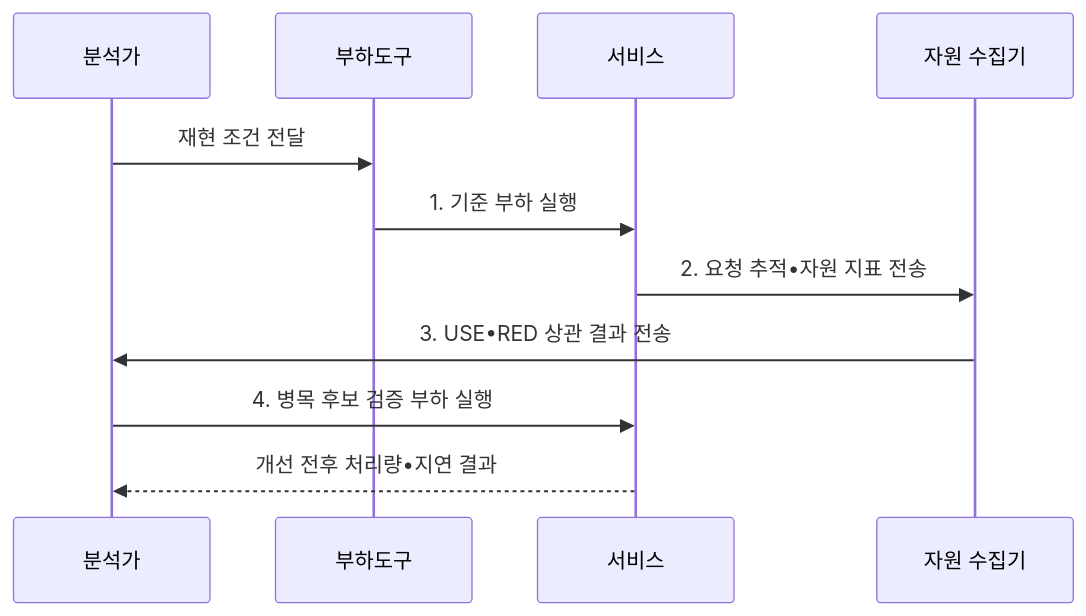
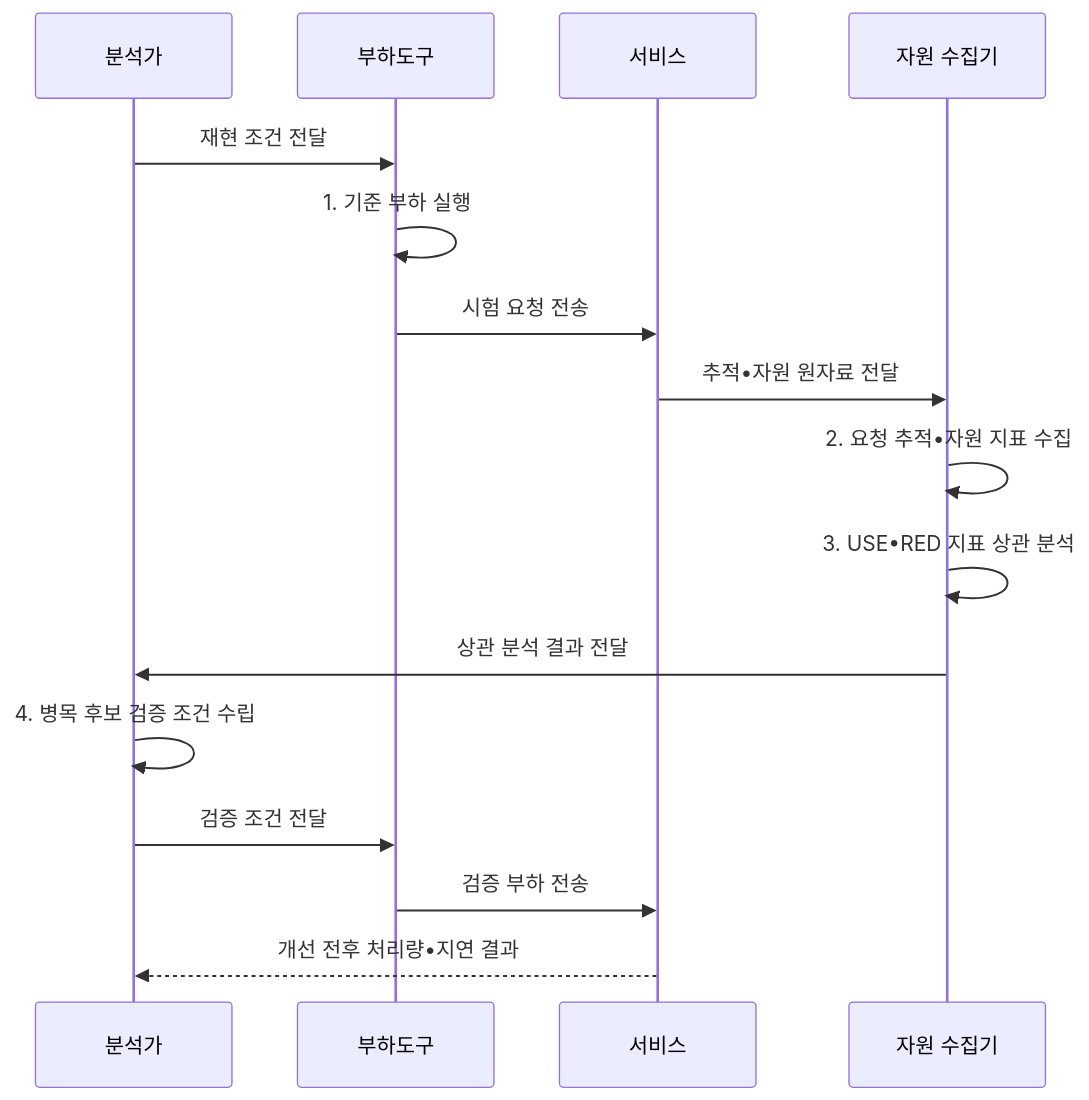
The second of 2 diagrams in src/content/docs/notes/06-evaluation/002_bottleneck_analysis.md (agnusdei1207/knowledge-base), drawn with Mermaid before and after one commit. The commit also changed other lines of this file and 20 other files, not shown here.

````diff
--- a/src/content/docs/notes/06-evaluation/002_bottleneck_analysis.md
+++ b/src/content/docs/notes/06-evaluation/002_bottleneck_analysis.md
@@ -101,13 +101,18 @@
 ```mermaid
 sequenceDiagram
   participant A as 분석가
   participant L as 부하도구
   participant S as 서비스
   participant M as 자원 수집기
   A->>L: 재현 조건 전달
-  L->>S: 1. 기준 부하 실행
-  S->>M: 2. 요청 추적•자원 지표 전송
-  M->>A: 3. USE•RED 상관 결과 전송
-  A->>S: 4. 병목 후보 검증 부하 실행
+  L->>L: 1. 기준 부하 실행
+  L->>S: 시험 요청 전송
+  S->>M: 추적•자원 원자료 전달
+  M->>M: 2. 요청 추적•자원 지표 수집
+  M->>M: 3. USE•RED 지표 상관 분석
+  M->>A: 상관 분석 결과 전달
+  A->>A: 4. 병목 후보 검증 조건 수립
+  A->>L: 검증 조건 전달
+  L->>S: 검증 부하 전송
   S-->>A: 개선 전후 처리량•지연 결과
 ```
````
